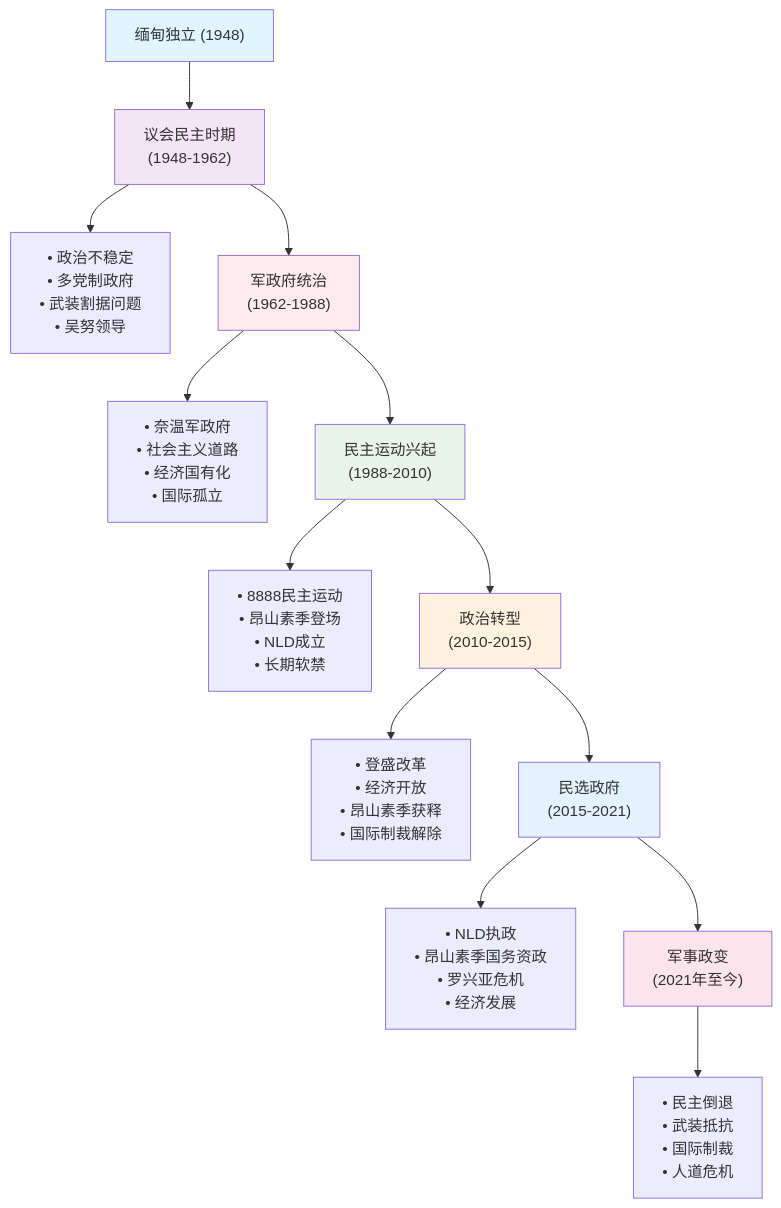
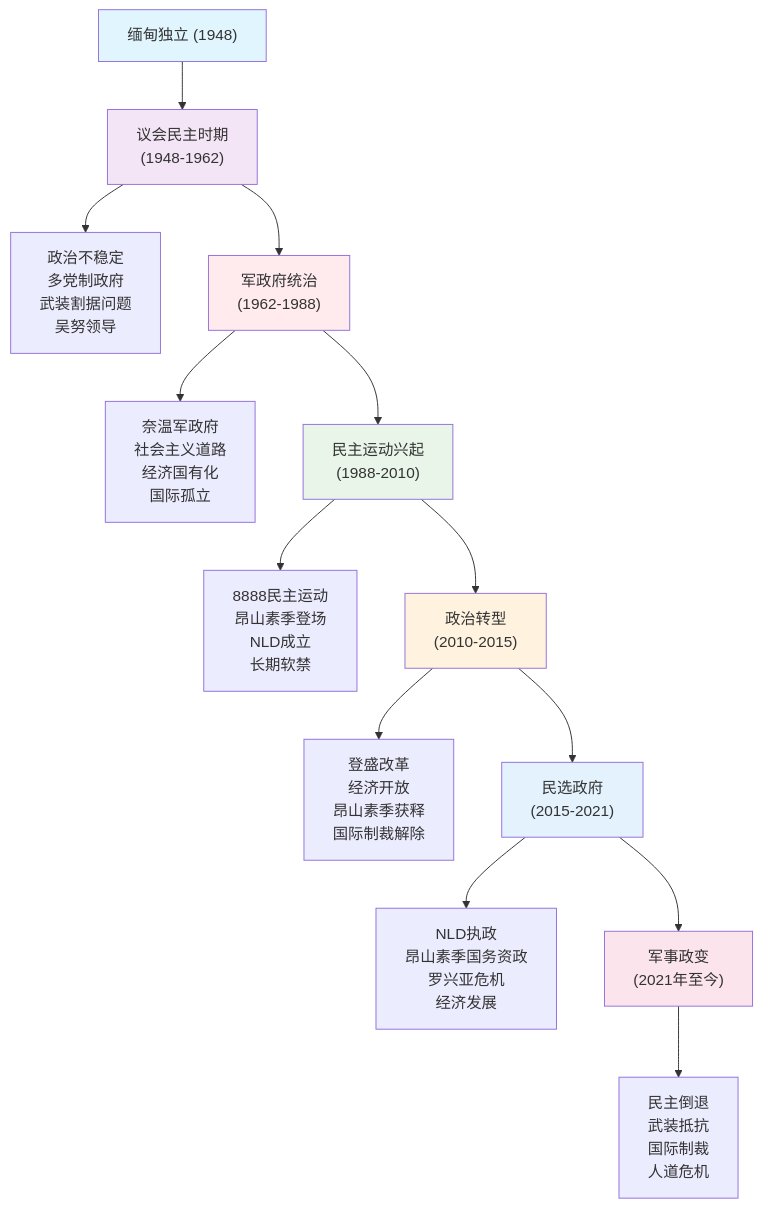
Before and after one commit to wuhongsong/ReadBooks: the fourth of 6 diagrams in 缅甸.md, drawn with Mermaid. The commit also changed other lines of this file, not shown here.

````diff
--- a/缅甸.md
+++ b/缅甸.md
@@ -67,28 +74,28 @@
 ```mermaid
 graph TD
     A["缅甸独立 (1948)"] --> B["议会民主时期<br/>(1948-1962)"]
-    B --> B1["• 政治不稳定<br/>• 多党制政府<br/>• 武装割据问题<br/>• 吴努领导"]
+    B --> B1["政治不稳定<br/>多党制政府<br/>武装割据问题<br/>吴努领导"]
     
     B --> C["军政府统治<br/>(1962-1988)"]
-    C --> C1["• 奈温军政府<br/>• 社会主义道路<br/>• 经济国有化<br/>• 国际孤立"]
+    C --> C1["奈温军政府<br/>社会主义道路<br/>经济国有化<br/>国际孤立"]
     
     C --> D["民主运动兴起<br/>(1988-2010)"]
-    D --> D1["• 8888民主运动<br/>• 昂山素季登场<br/>• NLD成立<br/>• 长期软禁"]
+    D --> D1["8888民主运动<br/>昂山素季登场<br/>NLD成立<br/>长期软禁"]
     
     D --> E["政治转型<br/>(2010-2015)"]
-    E --> E1["• 登盛改革<br/>• 经济开放<br/>• 昂山素季获释<br/>• 国际制裁解除"]
+    E --> E1["登盛改革<br/>经济开放<br/>昂山素季获释<br/>国际制裁解除"]
     
     E --> F["民选政府<br/>(2015-2021)"]
-    F --> F1["• NLD执政<br/>• 昂山素季国务资政<br/>• 罗兴亚危机<br/>• 经济发展"]
+    F --> F1["NLD执政<br/>昂山素季国务资政<br/>罗兴亚危机<br/>经济发展"]
     
     F --> G["军事政变<br/>(2021年至今)"]
-    G --> G1["• 民主倒退<br/>• 武装抵抗<br/>• 国际制裁<br/>• 人道危机"]
+    G --> G1["民主倒退<br/>武装抵抗<br/>国际制裁<br/>人道危机"]
     
     style A fill:#e1f5fe
     style B fill:#f3e5f5
     style C fill:#ffebee
     style D fill:#e8f5e8
     style E fill:#fff3e0
     style F fill:#e3f2fd
     style G fill:#fce4ec
 ```
````
